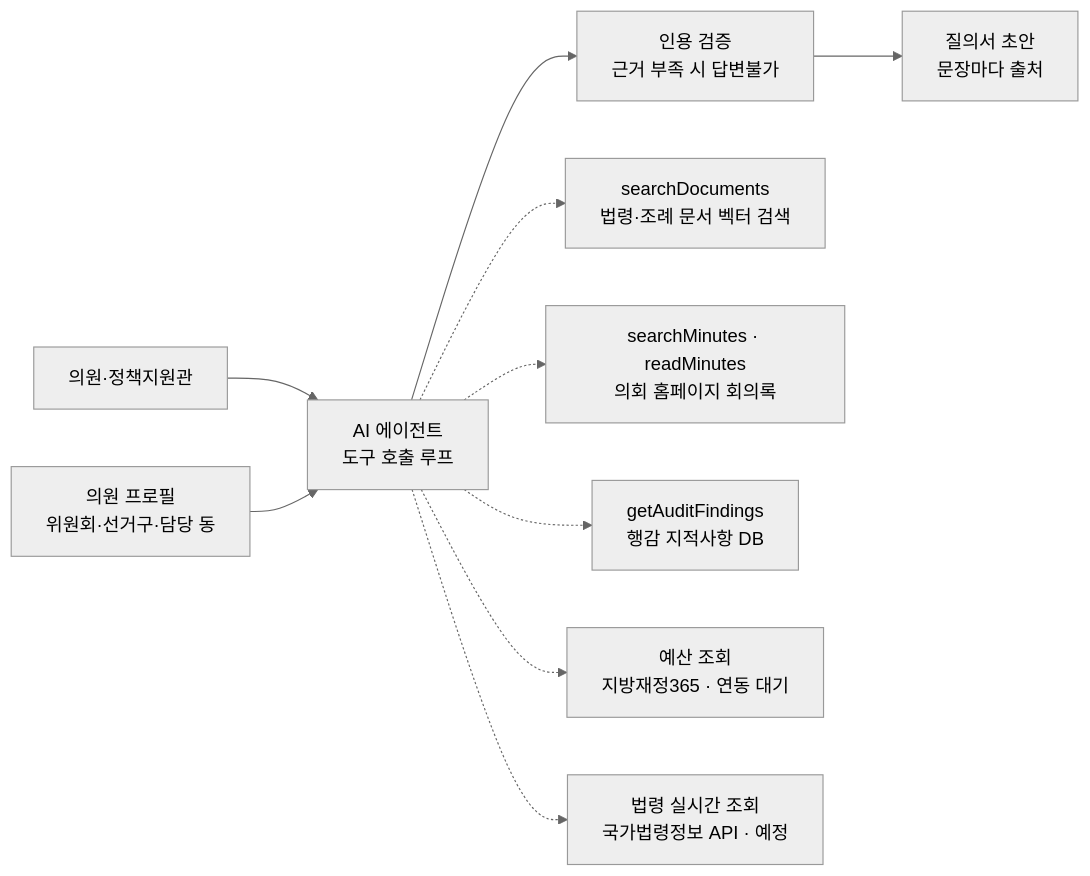
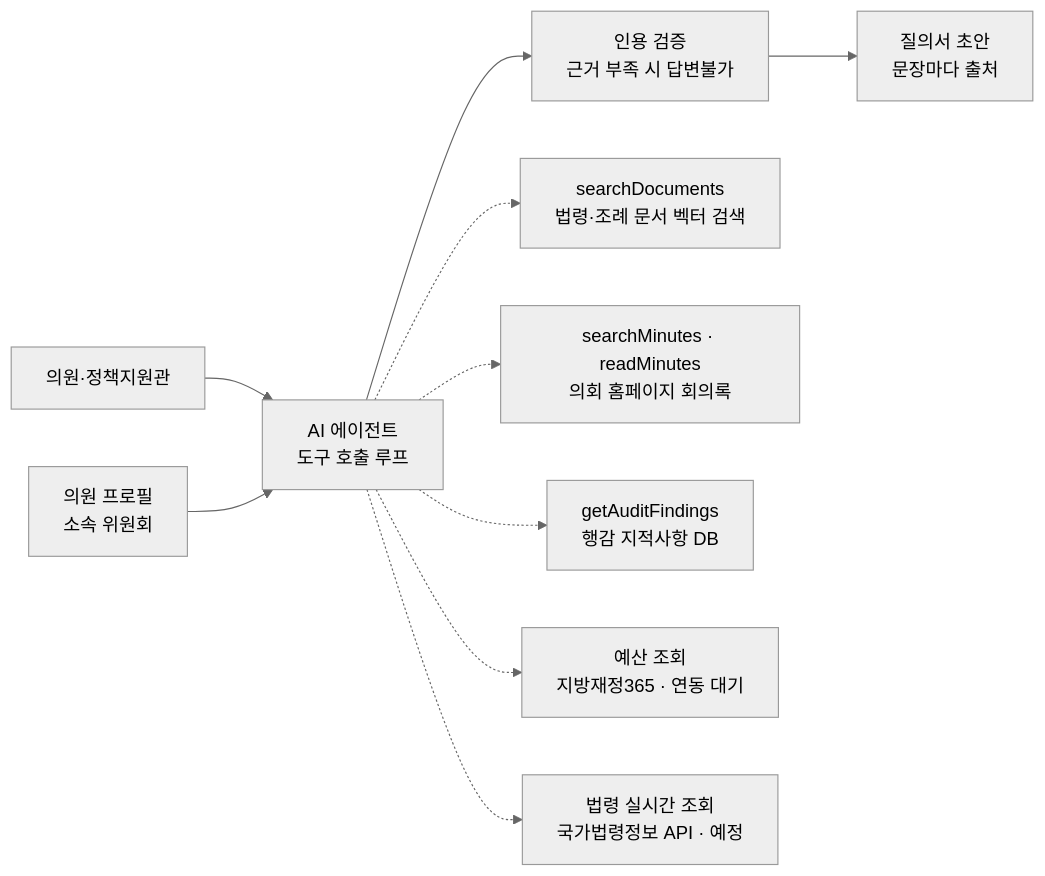
The diagram in docs/03-data-and-architecture.md (choby-pm/local_council_ai), drawn with Mermaid (neutral theme) before and after one commit. The commit also changed other lines of this file and 13 other files, not shown here.

````diff
--- a/docs/03-data-and-architecture.md
+++ b/docs/03-data-and-architecture.md
@@ -28,12 +28,12 @@
 ```mermaid
 flowchart LR
     U[의원·정책지원관] --> A[AI 에이전트<br/>도구 호출 루프]
     A --> V[인용 검증<br/>근거 부족 시 답변불가]
     V --> R[질의서 초안<br/>문장마다 출처]
-    P[의원 프로필<br/>위원회·선거구·담당 동] --> A
+    P[의원 프로필<br/>소속 위원회] --> A
     A -.-> T1[searchDocuments<br/>법령·조례 문서 벡터 검색]
     A -.-> T2[searchMinutes · readMinutes<br/>의회 홈페이지 회의록]
     A -.-> T3[getAuditFindings<br/>행감 지적사항 DB]
     A -.-> T4[예산 조회<br/>지방재정365 · 연동 대기]
     A -.-> T5[법령 실시간 조회<br/>국가법령정보 API · 예정]
 ```
````
